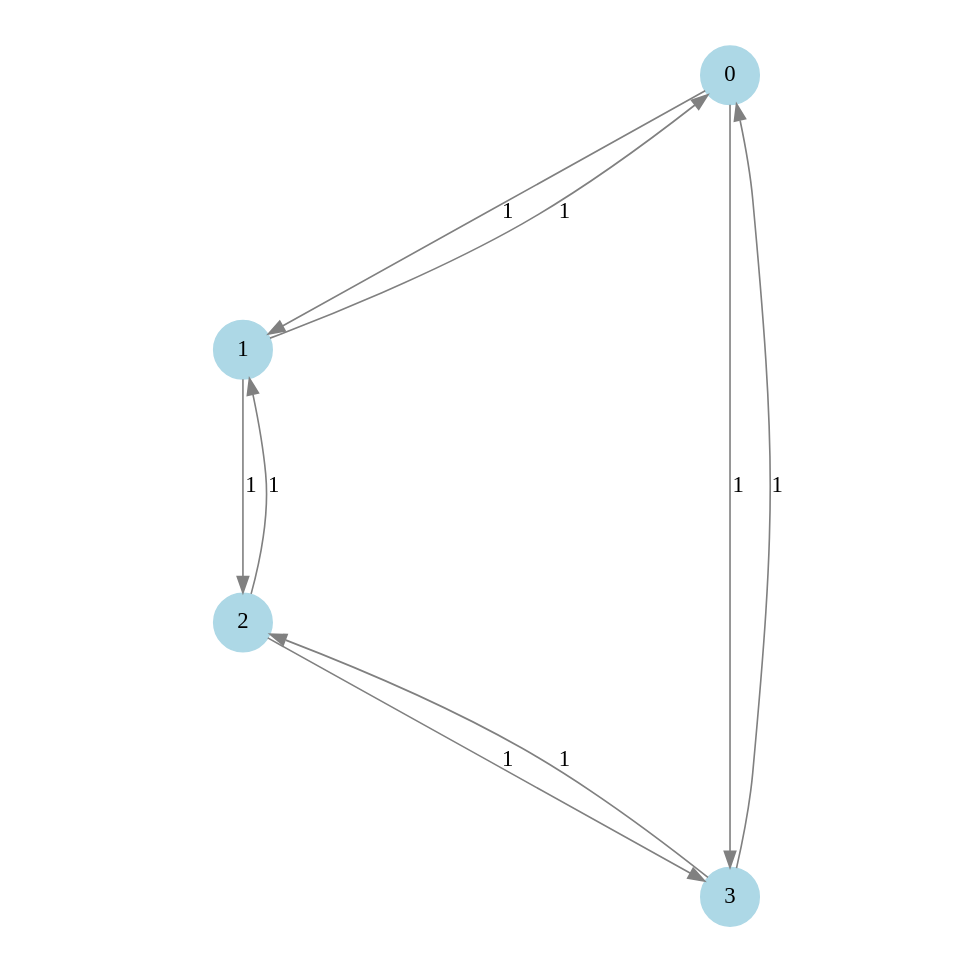
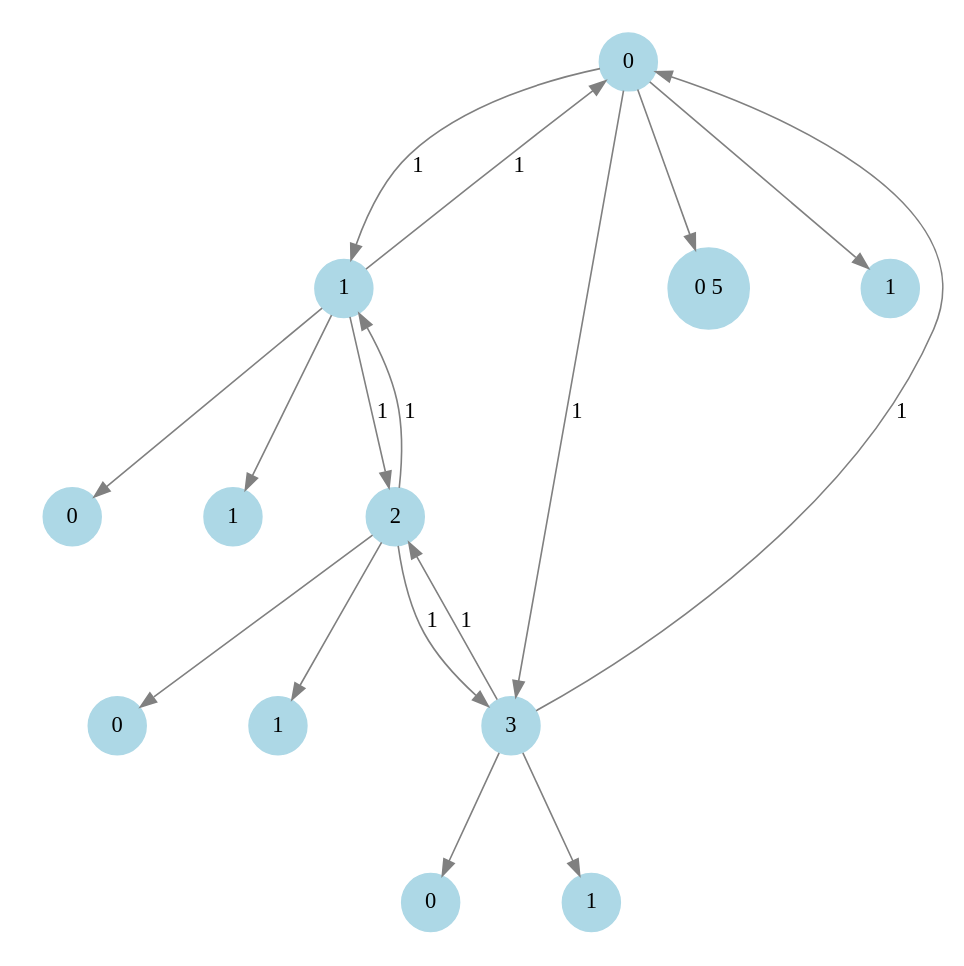
The diagram in Trabajo_Final/src/grafo.dot (Fede108/Algoritmos-y-estructura-de-Datos), drawn with Graphviz before and after one commit. The commit also changed 10 other files, not shown here.

```diff
--- a/Trabajo_Final/src/grafo.dot
+++ b/Trabajo_Final/src/grafo.dot
@@ -1,14 +1,30 @@
 digraph G {
     node [shape=circle, style=filled, color=lightblue];
     edge [color=gray, penwidth=1];
     size="8,8";
     ratio="fill";
     0 -> 1 [label="1"];
     0 -> 3 [label="1"];
+    0 -> 00;
+    00 [label="0 5"];
+    0 -> 10;
+    10 [label="1"];
     1 -> 0 [label="1"];
     1 -> 2 [label="1"];
+    1 -> 01;
+    01 [label="0"];
+    1 -> 11;
+    11 [label="1"];
     2 -> 1 [label="1"];
     2 -> 3 [label="1"];
+    2 -> 02;
+    02 [label="0"];
+    2 -> 12;
+    12 [label="1"];
     3 -> 0 [label="1"];
     3 -> 2 [label="1"];
+    3 -> 03;
+    03 [label="0"];
+    3 -> 13;
+    13 [label="1"];
 }
```
